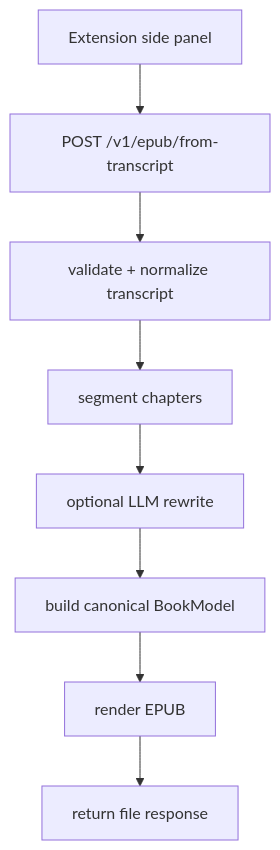
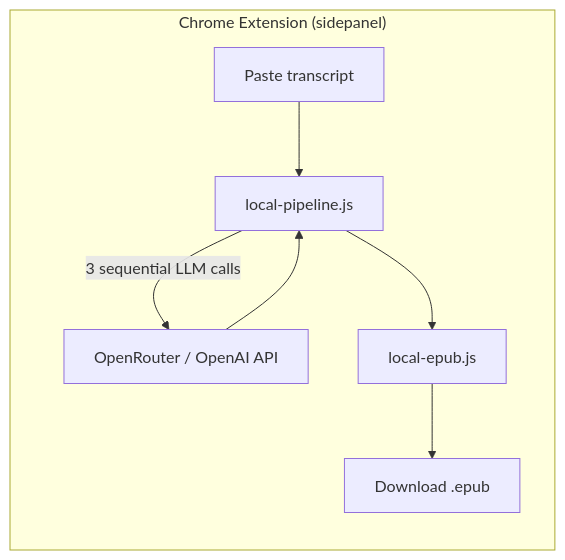
Before and after one commit to CeciliaHahan/podcast_to_ebook: the first of 8 diagrams in README.md, drawn with Mermaid. The commit also changed other lines of this file, not shown here.

First line of the commit message:
docs(readme): rewrite to reflect current serverless extension architecture

````diff
--- a/README.md
+++ b/README.md
@@ -131,10 +11,10 @@
 ```mermaid
-flowchart TD
-  A[Extension side panel] --> B[POST /v1/epub/from-transcript]
-  B --> C[validate + normalize transcript]
-  C --> D[segment chapters]
-  D --> E[optional LLM rewrite]
-  E --> F[build canonical BookModel]
-  F --> G[render EPUB]
-  G --> H[return file response]
+flowchart LR
+  subgraph Browser["Chrome Extension (sidepanel)"]
+    A[Paste transcript] --> B[local-pipeline.js]
+    B -->|"3 sequential LLM calls"| C["OpenRouter / OpenAI API"]
+    C --> B
+    B --> D[local-epub.js]
+    D --> E["Download .epub"]
+  end
 ```
````
